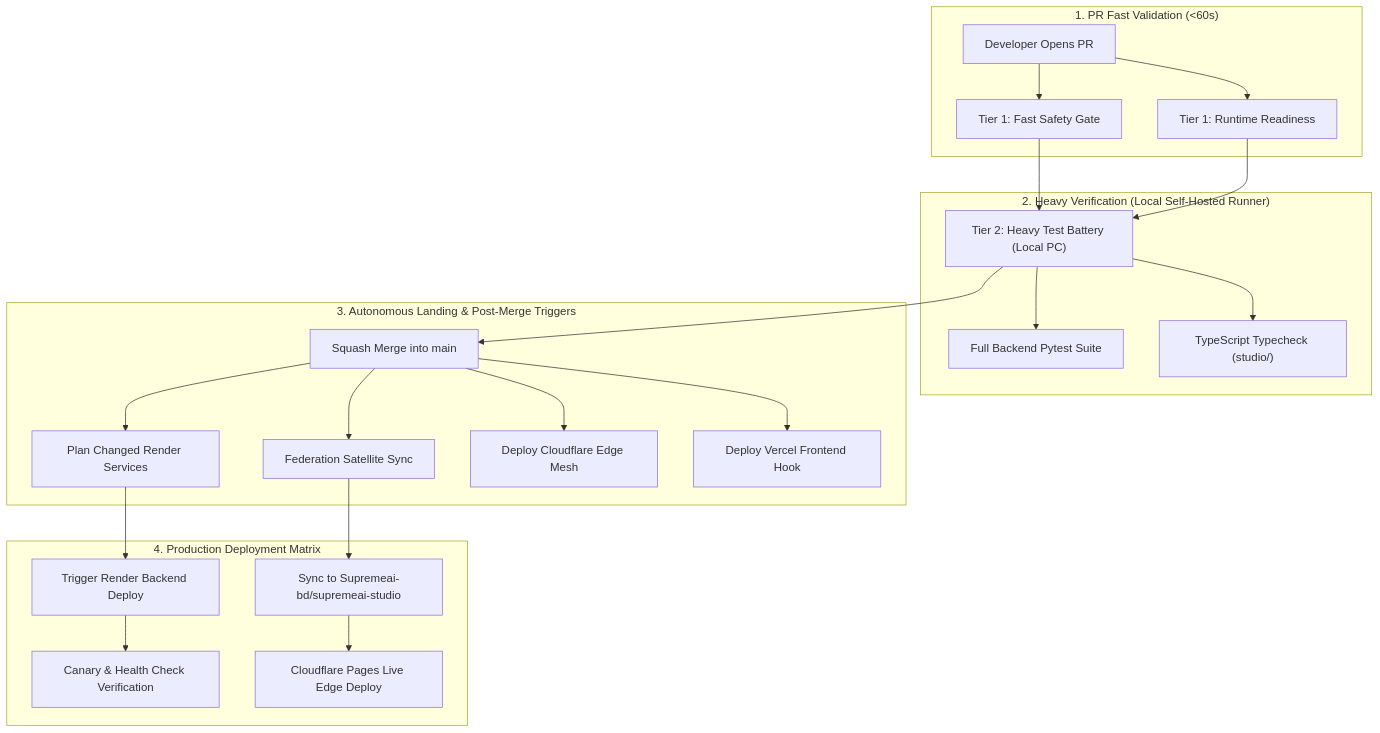
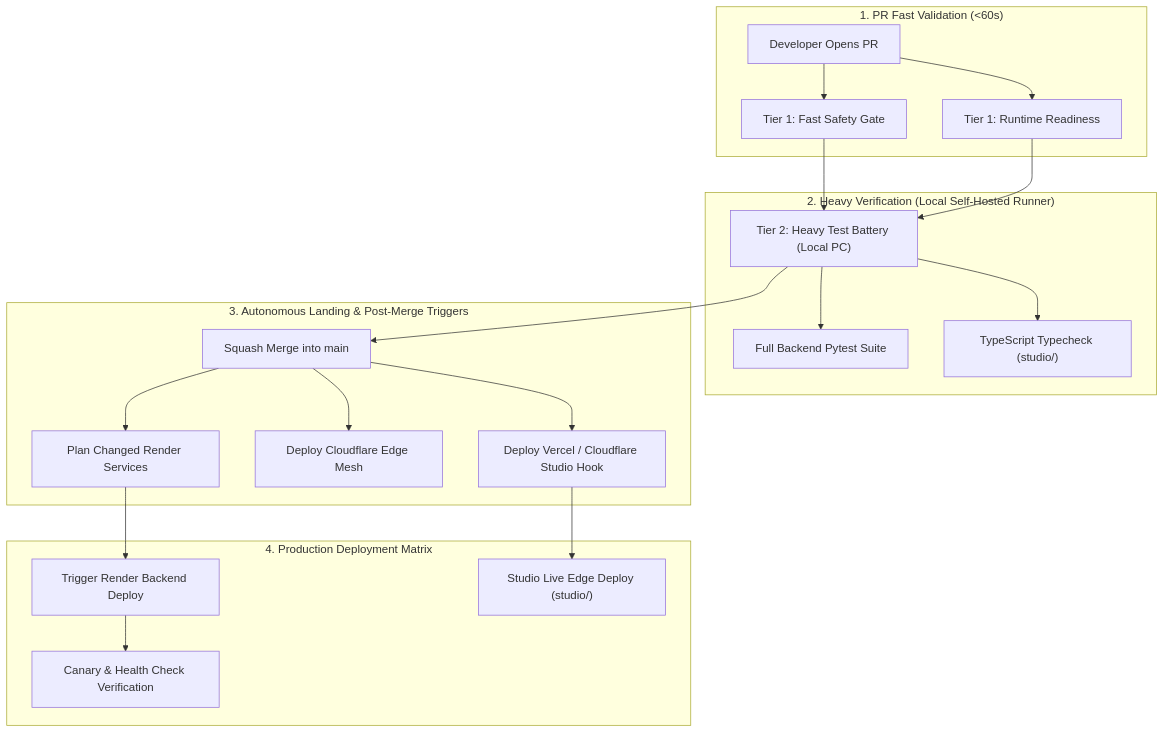
The second of 4 diagrams in README.md (Supremeai-bd/supremeai), drawn with Mermaid before and after one commit. The commit also changed other lines of this file and 3 other files, not shown here.

Commit message:
docs(topology): transition architecture to pure single-monorepo SSOT (#528)

````diff
--- a/README.md
+++ b/README.md
@@ -62,29 +68,27 @@
 ```mermaid
 flowchart TD
     subgraph S1["1. PR Fast Validation (<60s)"]
         PR["Developer Opens PR"] --> FastSafety["Tier 1: Fast Safety Gate"]
         PR --> RuntimeReadiness["Tier 1: Runtime Readiness"]
     end
 
     subgraph S2["2. Heavy Verification (Local Self-Hosted Runner)"]
         FastSafety --> HeavyGate["Tier 2: Heavy Test Battery (Local PC)"]
         RuntimeReadiness --> HeavyGate
         HeavyGate --> CorePytest["Full Backend Pytest Suite"]
         HeavyGate --> Typecheck["TypeScript Typecheck (studio/)"]
     end
 
     subgraph S3["3. Autonomous Landing & Post-Merge Triggers"]
         HeavyGate --> PRMerge["Squash Merge into main"]
         PRMerge --> ResolveTargets["Plan Changed Render Services"]
-        PRMerge --> SatSync["Federation Satellite Sync"]
         PRMerge --> EdgeDeploy["Deploy Cloudflare Edge Mesh"]
-        PRMerge --> VercelHook["Deploy Vercel Frontend Hook"]
+        PRMerge --> VercelHook["Deploy Vercel / Cloudflare Studio Hook"]
     end
 
     subgraph S4["4. Production Deployment Matrix"]
         ResolveTargets --> RenderTrigger["Trigger Render Backend Deploy"]
         RenderTrigger --> CanaryVerify["Canary & Health Check Verification"]
-        SatSync --> StudioRepo["Sync to Supremeai-bd/supremeai-studio"]
-        StudioRepo --> CloudflarePages["Cloudflare Pages Live Edge Deploy"]
+        VercelHook --> CloudflarePages["Studio Live Edge Deploy (studio/)"]
     end
 ```
````
